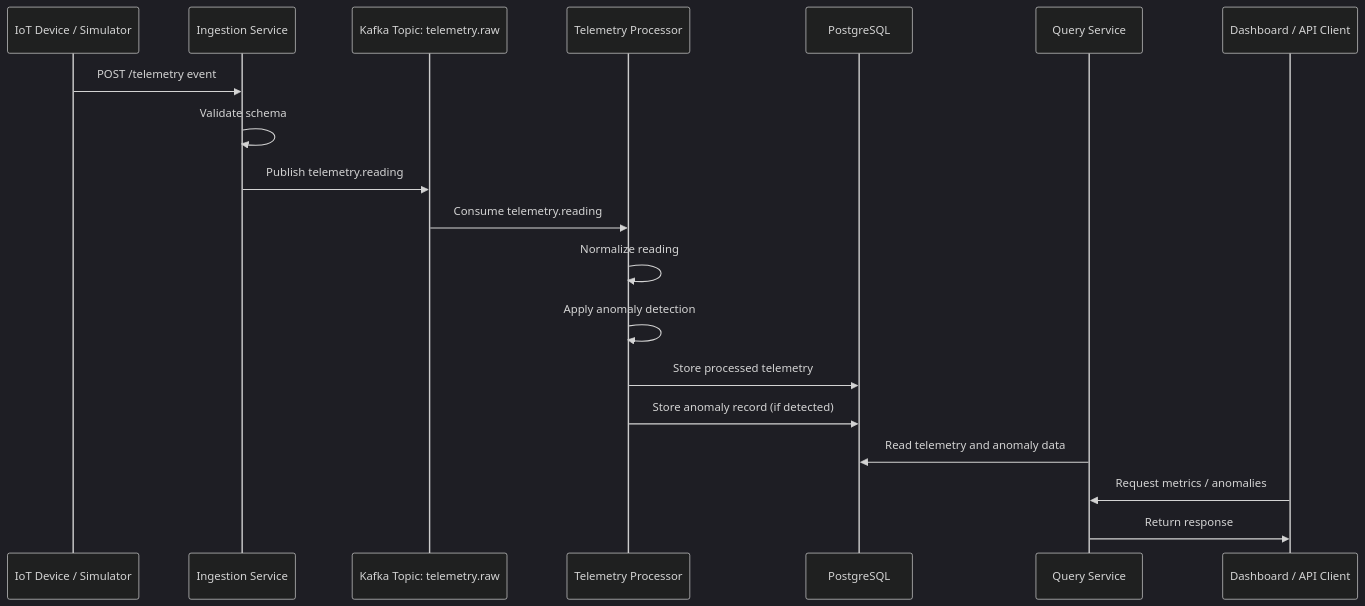
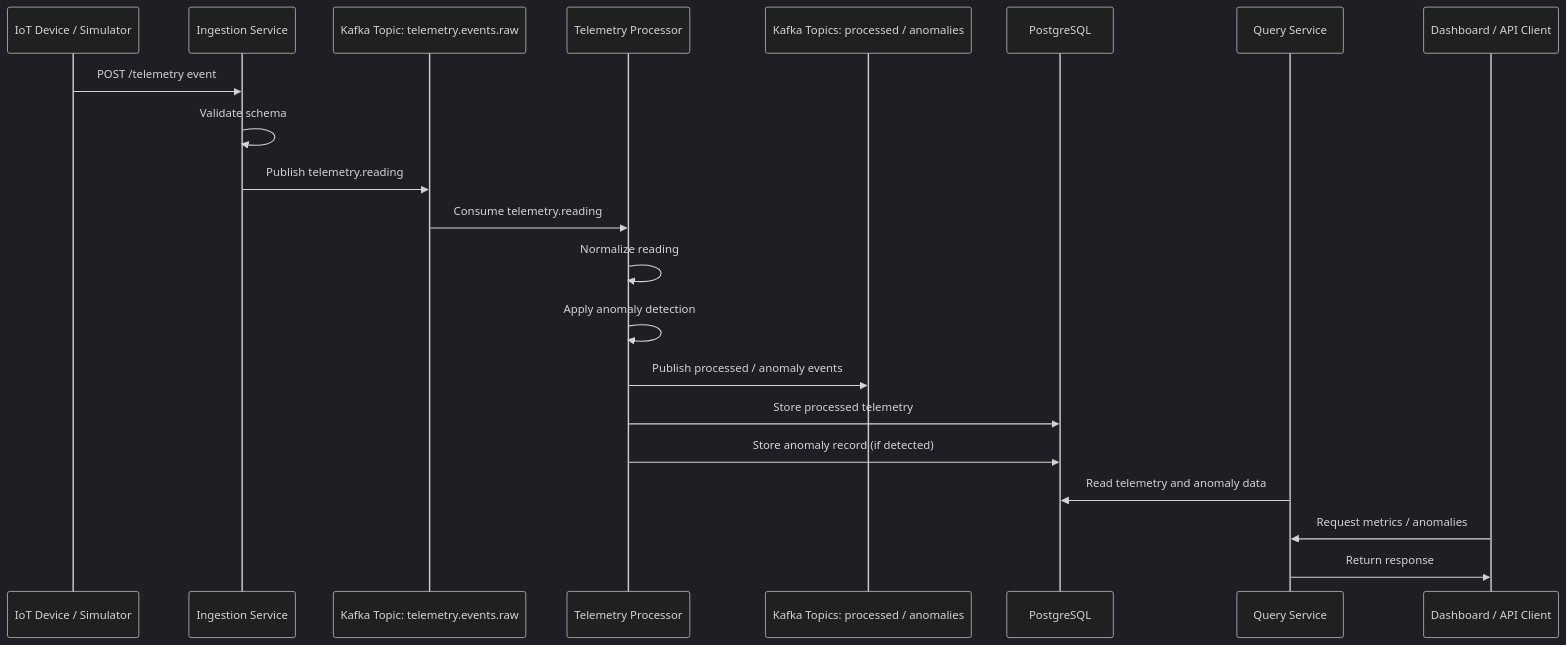
Before and after one commit to ME-Massine/pulsestream: the diagram in docs/diagrams/event-flow.md, drawn with Mermaid (dark theme). The commit also changed other lines of this file and 4 other files, not shown here.

Commit message:
docs: align diagrams with Kafka topic naming and fix diagram references (#57)

````diff
--- a/docs/diagrams/event-flow.md
+++ b/docs/diagrams/event-flow.md
@@ -5,22 +5,24 @@
 ```mermaid
 sequenceDiagram
     participant Device as IoT Device / Simulator
     participant Ingestion as Ingestion Service
-    participant Kafka as Kafka Topic: telemetry.raw
+    participant KafkaRaw as Kafka Topic: telemetry.events.raw
     participant Processor as Telemetry Processor
+    participant KafkaOut as Kafka Topics: processed / anomalies
     participant DB as PostgreSQL
     participant Query as Query Service
     participant Dashboard as Dashboard / API Client
 
     Device->>Ingestion: POST /telemetry event
     Ingestion->>Ingestion: Validate schema
-    Ingestion->>Kafka: Publish telemetry.reading
-    Kafka->>Processor: Consume telemetry.reading
+    Ingestion->>KafkaRaw: Publish telemetry.reading
+    KafkaRaw->>Processor: Consume telemetry.reading
     Processor->>Processor: Normalize reading
     Processor->>Processor: Apply anomaly detection
+    Processor->>KafkaOut: Publish processed / anomaly events
     Processor->>DB: Store processed telemetry
     Processor->>DB: Store anomaly record (if detected)
     Query->>DB: Read telemetry and anomaly data
     Dashboard->>Query: Request metrics / anomalies
     Query->>Dashboard: Return response
 ```
````
